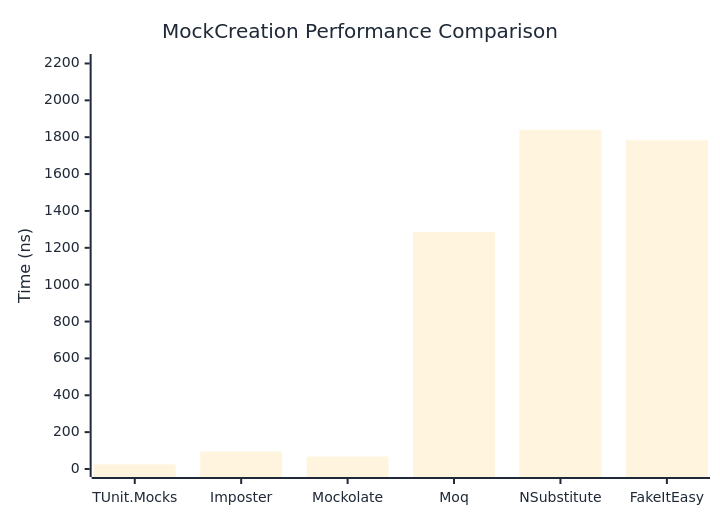
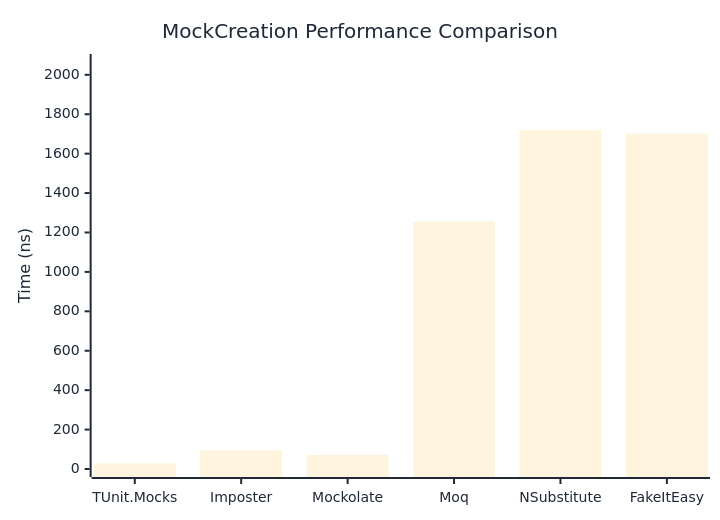
One commit to thomhurst/TUnit changed the first of 2 diagrams in docs/docs/benchmarks/mocks/MockCreation.md. Above: the diagram before and after it, drawn with Mermaid. The commit also changed other lines of this file and 14 other files, not shown here.

````diff
--- a/docs/docs/benchmarks/mocks/MockCreation.md
+++ b/docs/docs/benchmarks/mocks/MockCreation.md
@@ -28,27 +28,27 @@
 ```mermaid
 %%{init: {
   'theme':'base',
   'themeVariables': {
     'primaryColor': '#2563eb',
     'primaryTextColor': '#1f2937',
     'primaryBorderColor': '#1e40af',
     'lineColor': '#6b7280',
     'secondaryColor': '#7c3aed',
     'tertiaryColor': '#dc2626',
     'background': '#ffffff',
     'pie1': '#2563eb',
     'pie2': '#7c3aed',
     'pie3': '#dc2626',
     'pie4': '#f59e0b',
     'pie5': '#10b981',
     'pie6': '#06b6d4',
     'pie7': '#ec4899',
     'pie8': '#6366f1'
   }
 }}%%
 xychart-beta
   title "MockCreation Performance Comparison"
   x-axis ["TUnit.Mocks", "Imposter", "Mockolate", "Moq", "NSubstitute", "FakeItEasy"]
-  y-axis "Time (ns)" 0 --> 2208
-  bar [25.17, 94.83, 67.78, 1285.27, 1839.8, 1783.15]
+  y-axis "Time (ns)" 0 --> 2065
+  bar [28.25, 95.44, 72.12, 1255.93, 1720.27, 1701.58]
 ```
````
